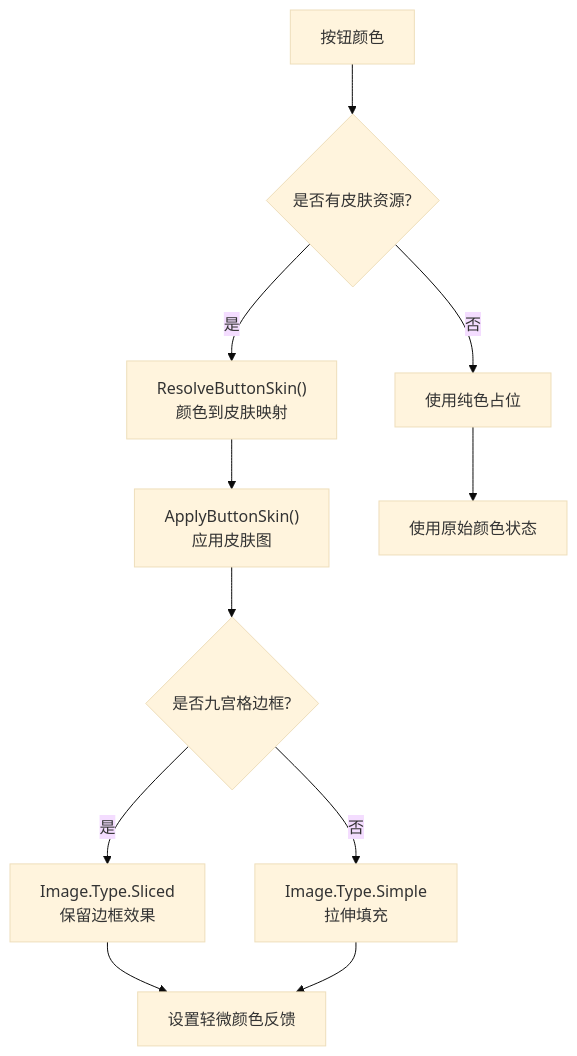
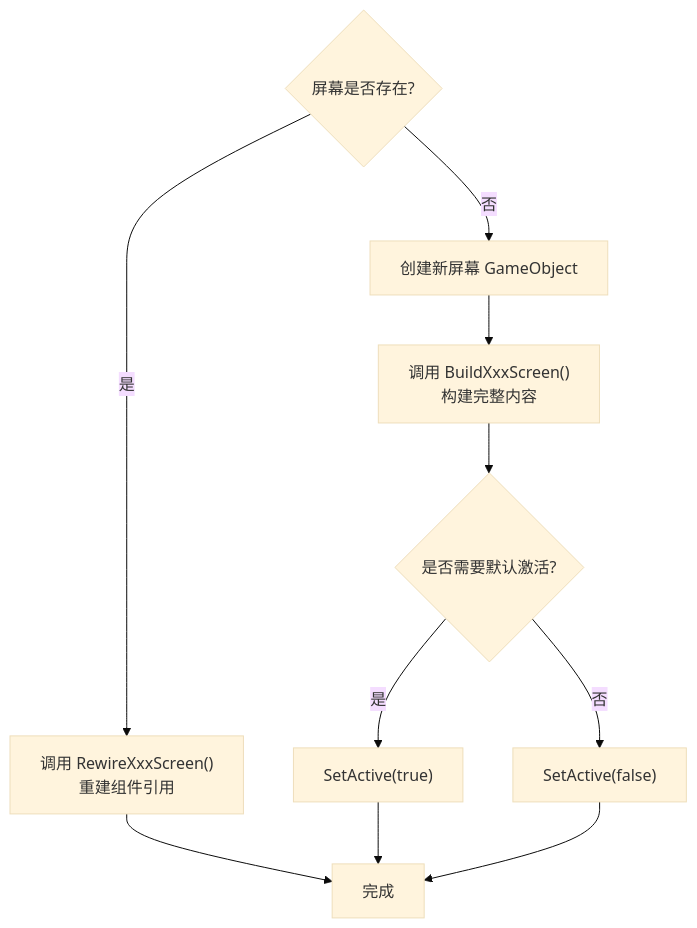
Before and after one commit to Thanatos42/-demo: the third of 4 diagrams in .qoder/repowiki/zh/content/核心系统详解/UI系统架构.md, drawn with Mermaid (base theme). The commit also changed other lines of this file and 77 other files, not shown here.

````diff
--- a/.qoder/repowiki/zh/content/核心系统详解/UI系统架构.md
+++ b/.qoder/repowiki/zh/content/核心系统详解/UI系统架构.md
@@ -179,13 +206,13 @@
 ```mermaid
 flowchart TD
-Color["按钮颜色"] --> Check{"是否有皮肤资源?"}
-Check --> |是| MapSkin["ResolveButtonSkin()<br/>颜色到皮肤映射"]
-Check --> |否| Fallback["使用纯色占位"]
-MapSkin --> Apply["ApplyButtonSkin()<br/>应用皮肤图"]
-Apply --> NineGrid{"是否九宫格边框?"}
-NineGrid --> |是| Sliced["Image.Type.Sliced<br/>保留边框效果"]
-NineGrid --> |否| Simple["Image.Type.Simple<br/>拉伸填充"]
-Sliced --> Feedback["设置轻微颜色反馈"]
-Simple --> Feedback
-Fallback --> PureColor["使用原始颜色状态"]
+Check{"屏幕是否存在?"}
+Check --> |是| Rewire["调用 RewireXxxScreen()<br/>重建组件引用"]
+Check --> |否| Create["创建新屏幕 GameObject"]
+Create --> Build["调用 BuildXxxScreen()<br/>构建完整内容"]
+Build --> Active{"是否需要默认激活?"}
+Active --> |是| Enable["SetActive(true)"]
+Active --> |否| Disable["SetActive(false)"]
+Rewire --> Done["完成"]
+Enable --> Done
+Disable --> Done
 ```
````
